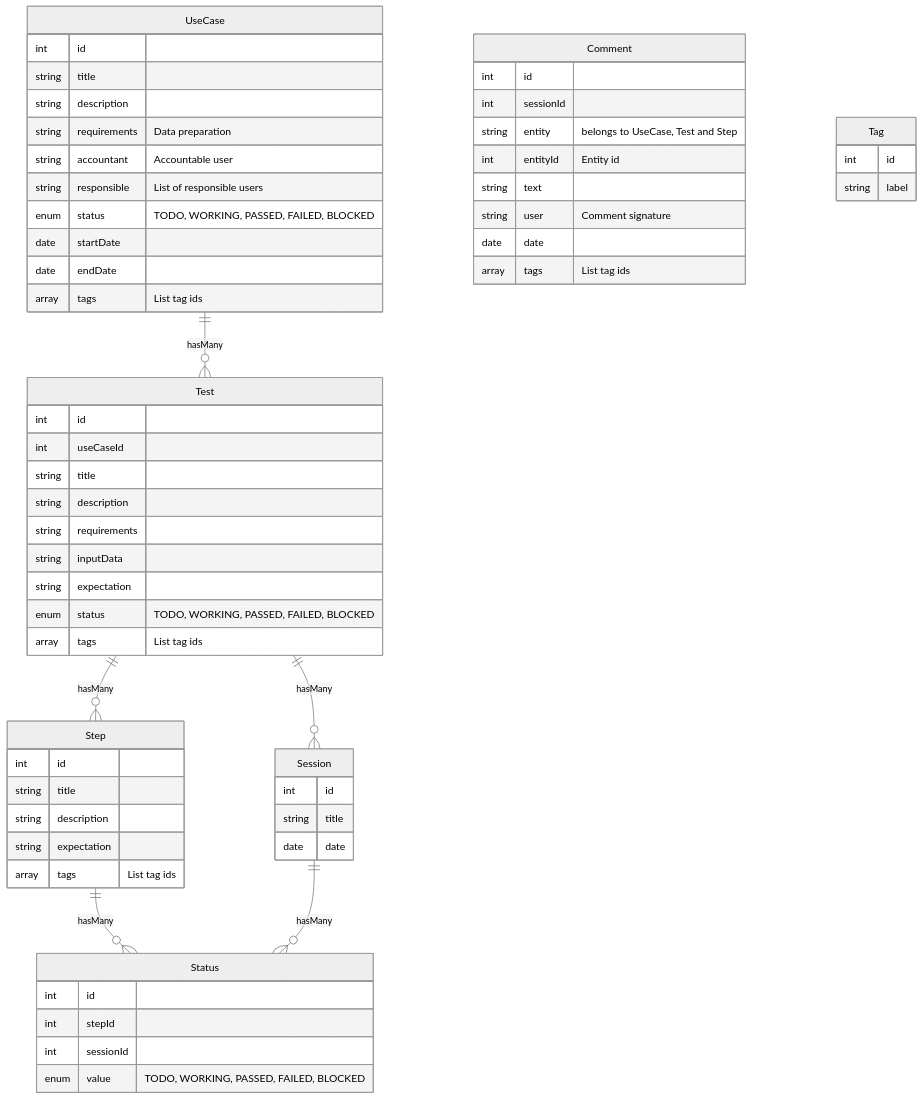
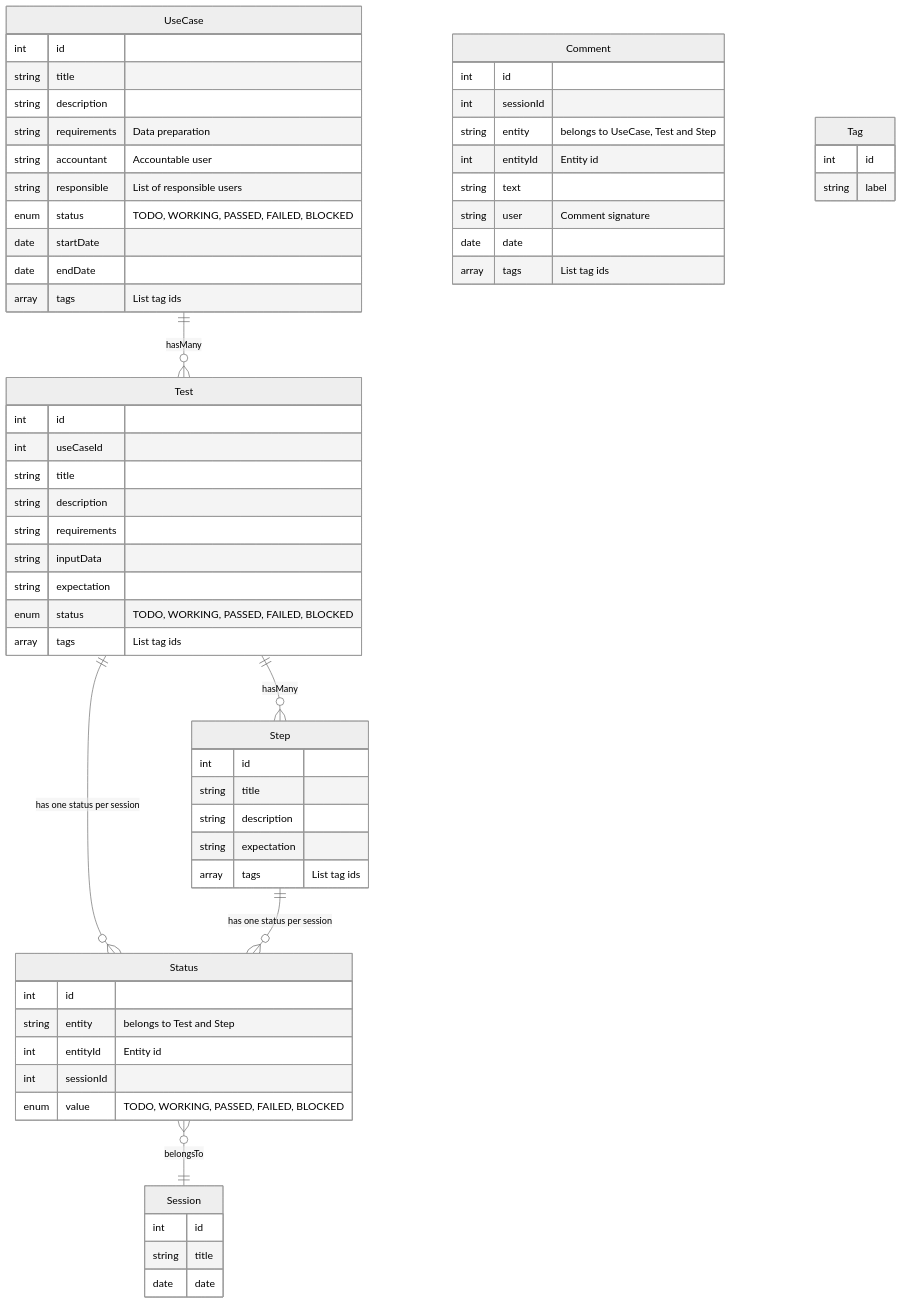
One commit to intesys/ytestbook changed the diagram in doc/data-model.md. Above: the diagram before and after it, drawn with Mermaid (neutral theme).

Commit message:
Review data model: associate status to test

````diff
--- a/doc/data-model.md
+++ b/doc/data-model.md
@@ -12,63 +12,64 @@
 ```mermaid
 erDiagram  
   UseCase {
     int id
     string title
     string description
     string requirements "Data preparation"
     string accountant "Accountable user"
     string responsible "List of responsible users"
     enum status "TODO, WORKING, PASSED, FAILED, BLOCKED"
     date startDate
     date endDate
     array tags "List tag ids"
   }
   Test {
     int id
     int useCaseId
     string title
     string description
     string requirements
     string inputData
     string expectation
     enum status "TODO, WORKING, PASSED, FAILED, BLOCKED"
     array tags "List tag ids"
   }
   Step {
     int id
     string title
     string description
     string expectation
     array tags "List tag ids"
   }
   Session {
     int id
     string title
     date date
   }
   Status {
     int id
-    int stepId
+    string entity "belongs to Test and Step"
+    int entityId "Entity id"
     int sessionId
     enum value "TODO, WORKING, PASSED, FAILED, BLOCKED"
   }
   Comment {
     int id
     int sessionId
     string entity "belongs to UseCase, Test and Step"
     int entityId "Entity id"
     string text
     string user "Comment signature"
     date date
     array tags "List tag ids"
   }
   Tag {
     int id
     string label
   }
   UseCase   ||--o{   Test     : hasMany
   Test      ||--o{   Step     : hasMany
-  Test      ||--o{   Session  : hasMany
-  Step      ||--o{   Status   : hasMany
-  Session   ||--o{   Status   : hasMany 
+  Test      ||--o{   Status   : "has one status per session" 
+  Step      ||--o{   Status   : "has one status per session"
+  Status    }o--||   Session  : belongsTo
 ```
````
